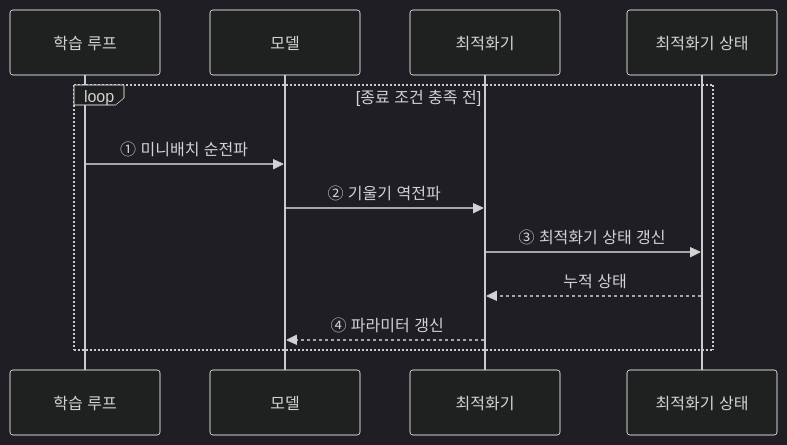
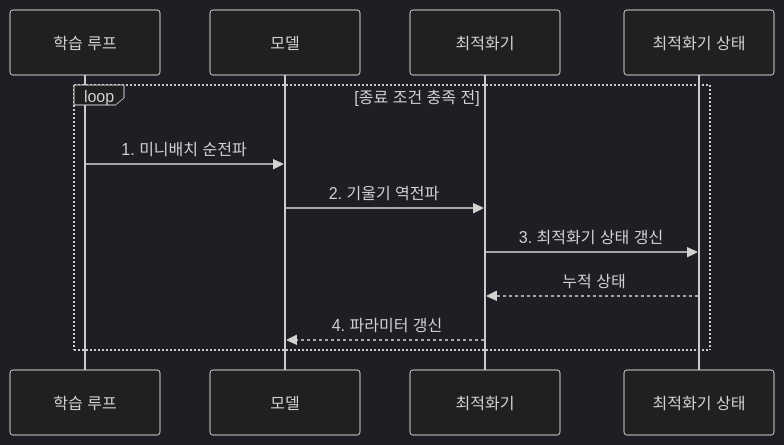
Before and after one commit to agnusdei1207/knowledge-base: the second of 2 diagrams in src/content/docs/notes/01-basic-theory/041_gradient_descent.md, drawn with Mermaid (dark theme). The commit also changed other lines of this file and 20 other files, not shown here.

````diff
--- a/src/content/docs/notes/01-basic-theory/041_gradient_descent.md
+++ b/src/content/docs/notes/01-basic-theory/041_gradient_descent.md
@@ -92,14 +94,14 @@
 ```mermaid
 sequenceDiagram
     participant L as 학습 루프
     participant M as 모델
     participant O as 최적화기
     participant S as 최적화기 상태
     loop 종료 조건 충족 전
-        L->>M: ① 미니배치 순전파
-        M->>O: ② 기울기 역전파
-        O->>S: ③ 최적화기 상태 갱신
+        L->>M: 1. 미니배치 순전파
+        M->>O: 2. 기울기 역전파
+        O->>S: 3. 최적화기 상태 갱신
         S-->>O: 누적 상태
-        O-->>M: ④ 파라미터 갱신
+        O-->>M: 4. 파라미터 갱신
     end
 ```
````
